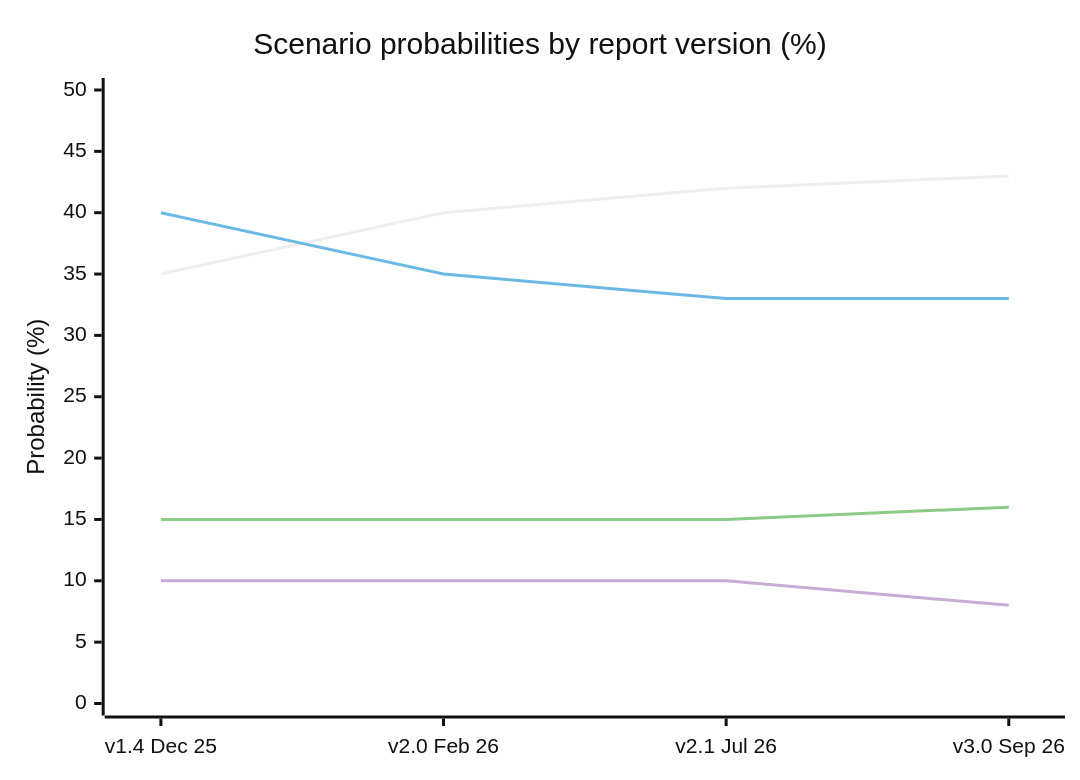
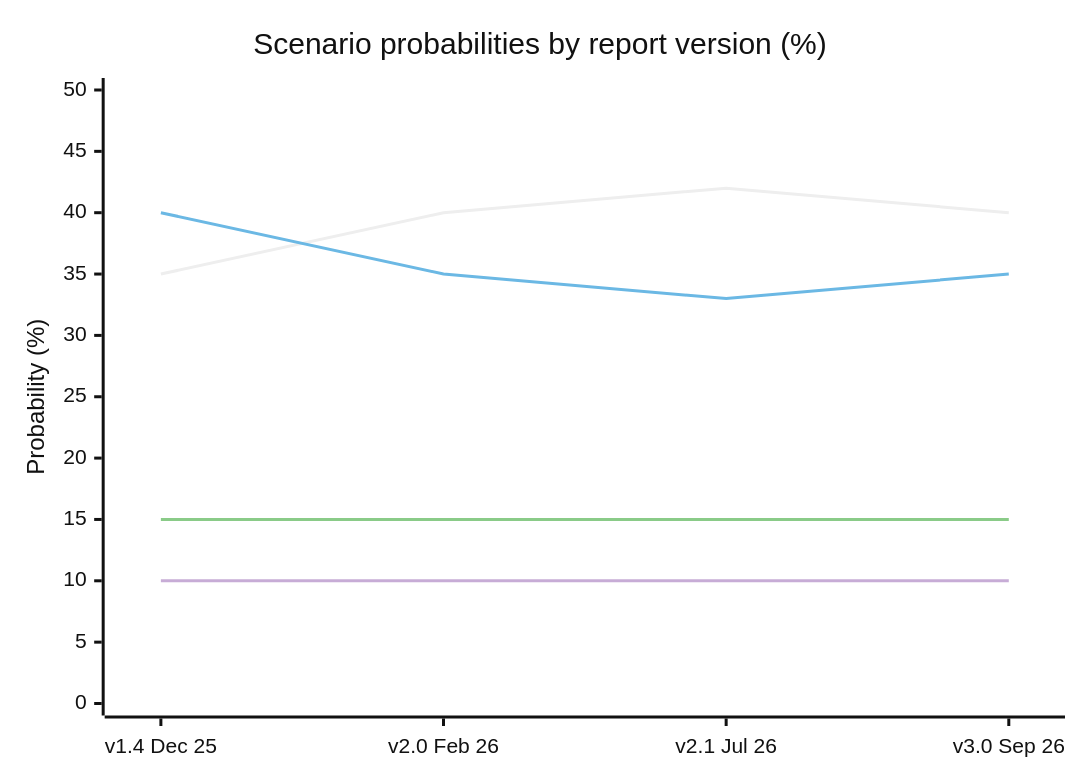
The sixth of 7 diagrams in docs/projections/ai-agents-espionage-operations.md (AndrewAltimit/template-repo), drawn with Mermaid (neutral theme) before and after one commit. The commit also changed other lines of this file and 94 other files, not shown here.

````diff
--- a/docs/projections/ai-agents-espionage-operations.md
+++ b/docs/projections/ai-agents-espionage-operations.md
@@ -2971,10 +2965,10 @@
 ```mermaid
 xychart-beta
     title "Scenario probabilities by report version (%)"
     x-axis ["v1.4 Dec 25", "v2.0 Feb 26", "v2.1 Jul 26", "v3.0 Sep 26"]
     y-axis "Probability (%)" 0 --> 50
-    line [35, 40, 42, 43]
-    line [40, 35, 33, 33]
-    line [15, 15, 15, 16]
-    line [10, 10, 10, 8]
+    line [35, 40, 42, 40]
+    line [40, 35, 33, 35]
+    line [15, 15, 15, 15]
+    line [10, 10, 10, 10]
 ```
````
